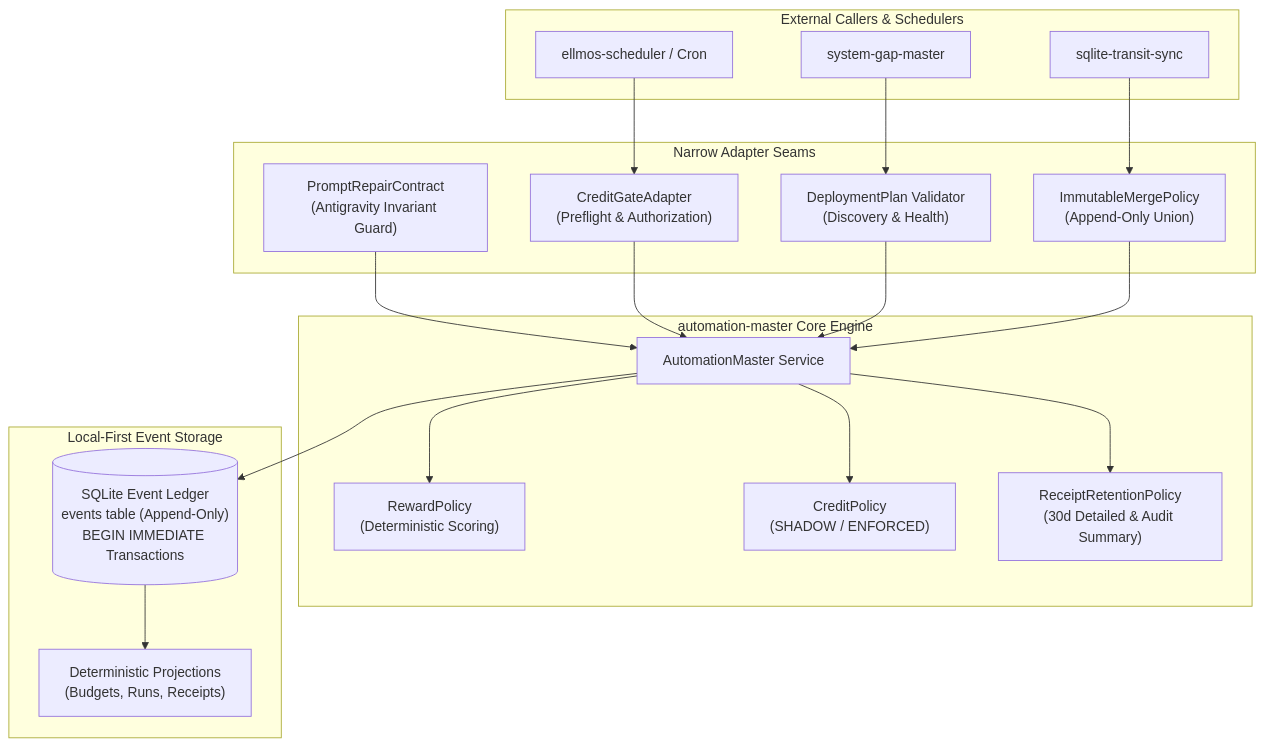
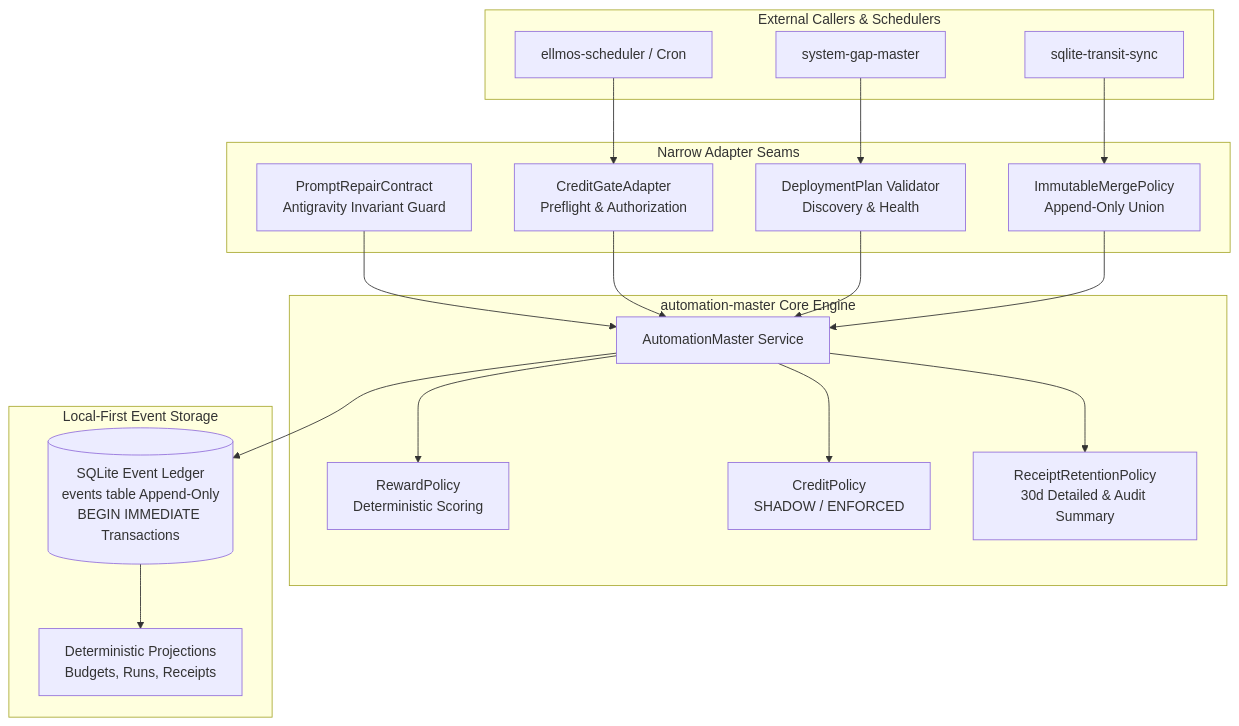
One commit to dev-bricks/automation-master changed the first of 3 diagrams in README.md. Above: the diagram before and after it, drawn with Mermaid. The commit also changed other lines of this file and 10 other files, not shown here.

````diff
--- a/README.md
+++ b/README.md
@@ -63,42 +64,42 @@
 ```mermaid
-graph TD
+flowchart TD
     subgraph ExternalClients ["External Callers & Schedulers"]
         SCHED["ellmos-scheduler / Cron"]
         GAP["system-gap-master"]
         TRANSIT["sqlite-transit-sync"]
     end
 
     subgraph Adapters ["Narrow Adapter Seams"]
-        GATE["CreditGateAdapter<br/>(Preflight & Authorization)"]
-        DEP["DeploymentPlan Validator<br/>(Discovery & Health)"]
-        SYNC["ImmutableMergePolicy<br/>(Append-Only Union)"]
-        PROMPT["PromptRepairContract<br/>(Antigravity Invariant Guard)"]
+        GATE["CreditGateAdapter<br/>Preflight & Authorization"]
+        DEP["DeploymentPlan Validator<br/>Discovery & Health"]
+        SYNC["ImmutableMergePolicy<br/>Append-Only Union"]
+        PROMPT["PromptRepairContract<br/>Antigravity Invariant Guard"]
     end
 
     subgraph CoreEngine ["automation-master Core Engine"]
         SVC["AutomationMaster Service"]
-        POLICY["RewardPolicy<br/>(Deterministic Scoring)"]
-        CREDIT["CreditPolicy<br/>(SHADOW / ENFORCED)"]
-        RETENTION["ReceiptRetentionPolicy<br/>(30d Detailed & Audit Summary)"]
+        POLICY["RewardPolicy<br/>Deterministic Scoring"]
+        CREDIT["CreditPolicy<br/>SHADOW / ENFORCED"]
+        RETENTION["ReceiptRetentionPolicy<br/>30d Detailed & Audit Summary"]
     end
 
     subgraph Storage ["Local-First Event Storage"]
-        LEDGER[("SQLite Event Ledger<br/>events table (Append-Only)<br/>BEGIN IMMEDIATE Transactions")]
-        PROJ["Deterministic Projections<br/>(Budgets, Runs, Receipts)"]
+        LEDGER[("SQLite Event Ledger<br/>events table Append-Only<br/>BEGIN IMMEDIATE Transactions")]
+        PROJ["Deterministic Projections<br/>Budgets, Runs, Receipts"]
     end
 
     SCHED --> GATE
     GAP --> DEP
     TRANSIT --> SYNC
     PROMPT --> SVC
 
     GATE --> SVC
     DEP --> SVC
     SYNC --> SVC
 
     SVC --> POLICY
     SVC --> CREDIT
     SVC --> RETENTION
     SVC --> LEDGER
     LEDGER --> PROJ
 ```
````
